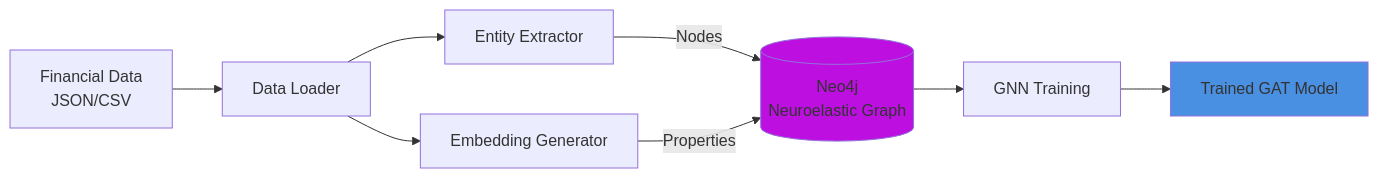
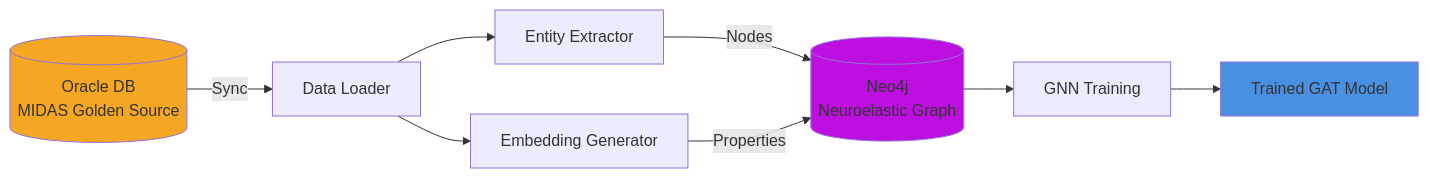
The third of 4 diagrams in README.md (viniruggeri/midas-fdr), drawn with Mermaid before and after one commit. The commit also changed other lines of this file, not shown here.

Commit message:
docs: add Oracle DB as golden source in architecture

````diff
--- a/README.md
+++ b/README.md
@@ -208,16 +221,17 @@
 ```mermaid
 flowchart LR
-    A[Financial Data<br/>JSON/CSV] --> B[Data Loader]
+    A[(Oracle DB<br/>MIDAS Golden Source)] -->|Sync| B[Data Loader]
     
     B --> C[Entity Extractor]
     B --> D[Embedding Generator]
     
     C -->|Nodes| E[(Neo4j<br/>Neuroelastic Graph)]
     D -->|Properties| E
     
     E --> F[GNN Training]
     F --> G[Trained GAT Model]
     
+    style A fill:#F5A623
     style E fill:#BD10E0
     style G fill:#4A90E2
 ```
````
